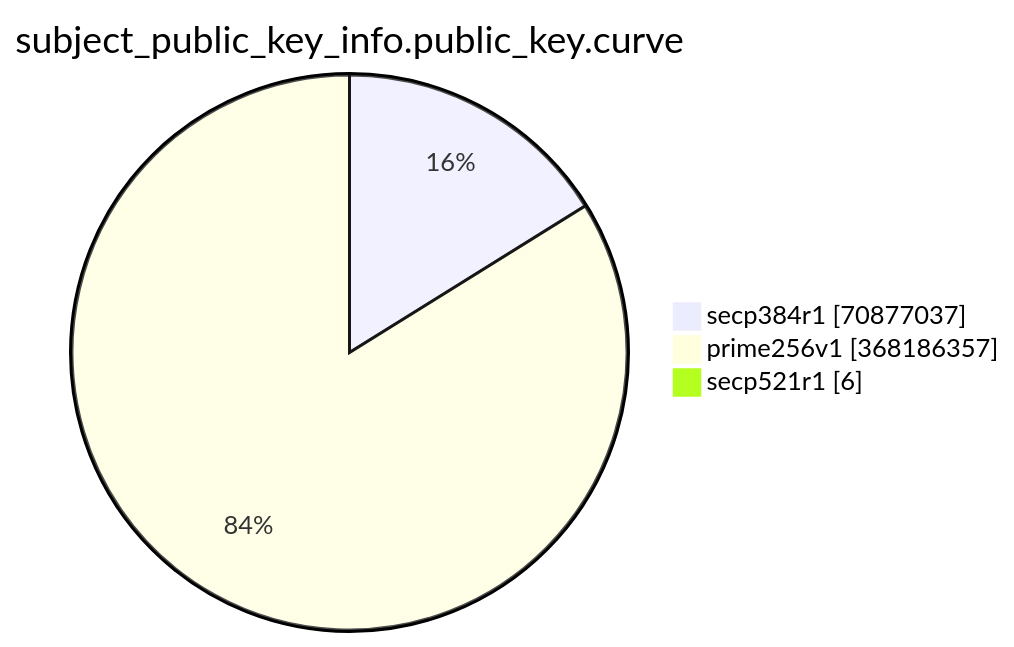
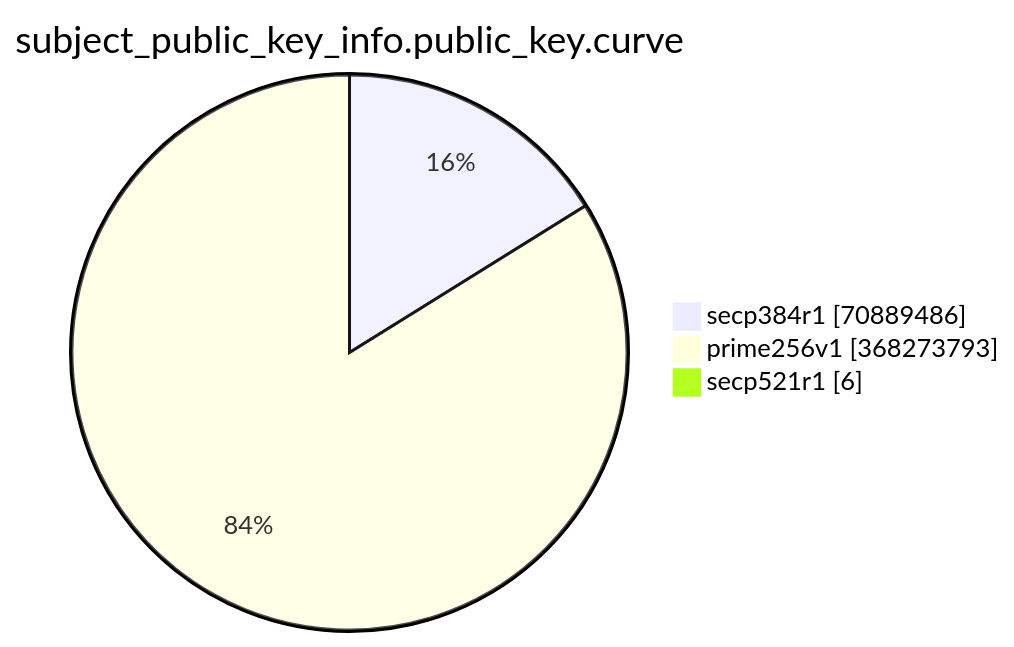
One commit to christiankrug/ctmonitor_visualization changed the eighth of 15 diagrams in TOTAL/README.md. Above: the diagram before and after it, drawn with Mermaid. The commit also changed other lines of this file, not shown here.

````diff
--- a/TOTAL/README.md
+++ b/TOTAL/README.md
@@ -3094,7 +3094,7 @@
 ```mermaid
 pie showData
 title subject_public_key_info.public_key.curve
-"secp384r1" :70877037
-"prime256v1" :368186357
+"secp384r1" :70889486
+"prime256v1" :368273793
 "secp521r1" :6
 ```
````
